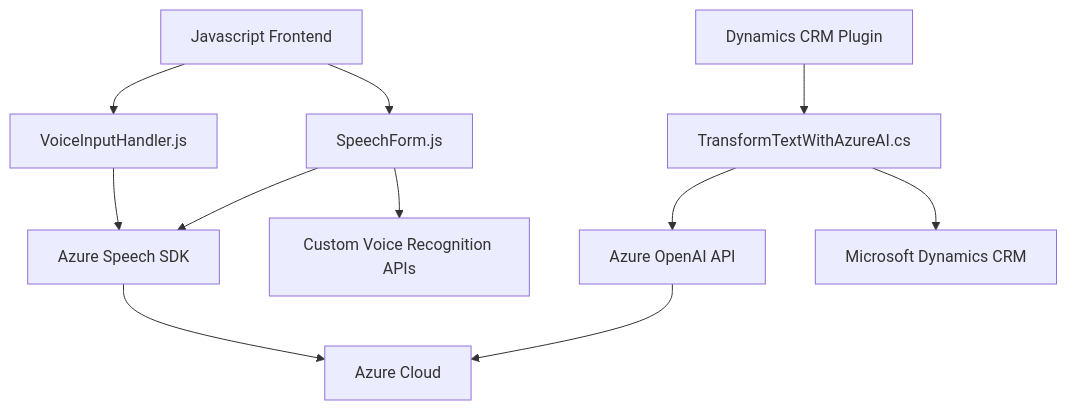
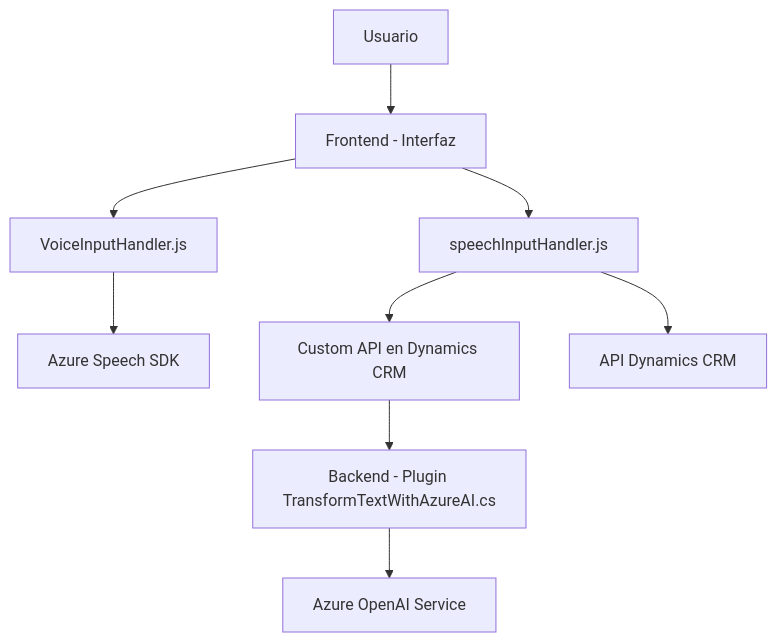
Before and after one commit to blopezdm/NETCORE_BILBAO2025: the diagram in README.md, drawn with Mermaid. The commit also changed other lines of this file, not shown here.

````diff
--- a/README.md
+++ b/README.md
@@ -28,14 +37,11 @@
 ```mermaid
 graph TD
-    A["Javascript Frontend"] --> B["VoiceInputHandler.js"]
-    A --> C["SpeechForm.js"]
-    B --> D["Azure Speech SDK"]
-    C --> D
-    C --> E["Custom Voice Recognition APIs"]
-    D --> F["Azure Cloud"]
-    
-    J["Dynamics CRM Plugin"] --> G["TransformTextWithAzureAI.cs"]
-    G --> H["Azure OpenAI API"]
-    H --> F
-    G --> I["Microsoft Dynamics CRM"]
+    A["Usuario"] --> B["Frontend - Interfaz"]
+    B --> C["VoiceInputHandler.js"]
+    B --> D["speechInputHandler.js"]
+    C --> E["Azure Speech SDK"]
+    D --> F["Custom API en Dynamics CRM"]
+    F --> G["Backend - Plugin TransformTextWithAzureAI.cs"]
+    G --> H["Azure OpenAI Service"]
+    D --> I["API Dynamics CRM"]
 ```
````
